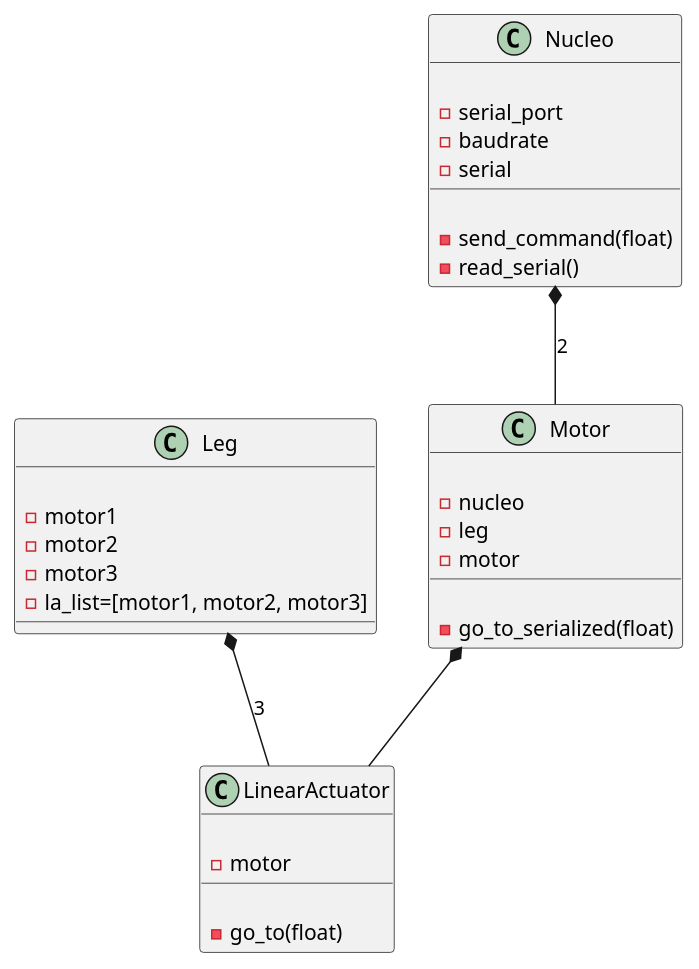
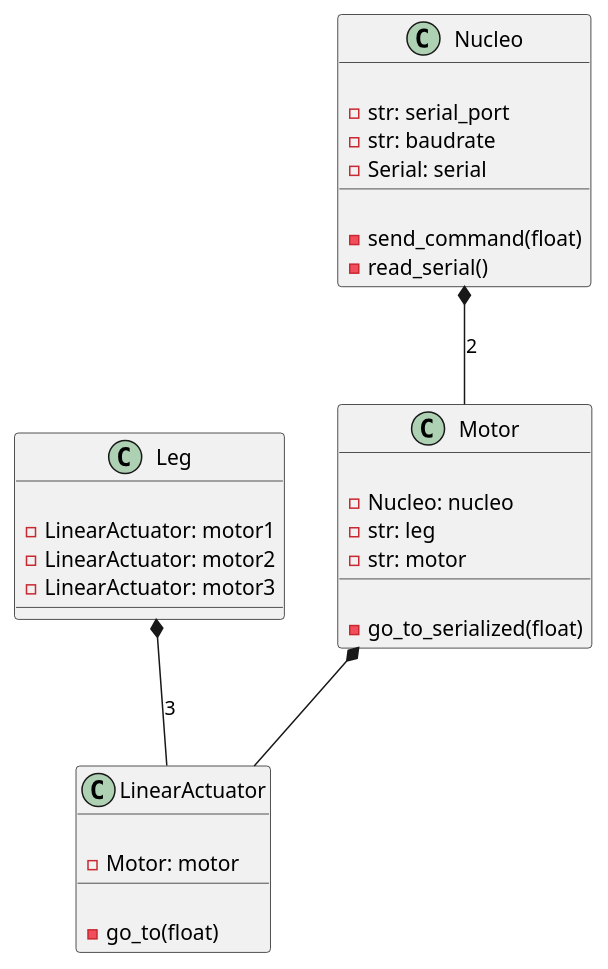
One commit to Eirlab/megabot-controller changed the diagram in diagramme-classe-megabot-controller.wsd. Above: the diagram before and after it, drawn with PlantUML. The commit also changed 4 other files, not shown here.

Commit message:
Updated class diagram

```diff
--- a/diagramme-classe-megabot-controller.wsd
+++ b/diagramme-classe-megabot-controller.wsd
@@ -1,41 +1,40 @@
 @startuml classdiag
 
 class Leg {
     {field}
-    -motor1
-    -motor2
-    -motor3
-    -la_list=[motor1, motor2, motor3]
+    -LinearActuator: motor1
+    -LinearActuator: motor2
+    -LinearActuator: motor3
 }
 
 class Nucleo {
     {field}
-    -serial_port
-    -baudrate
-    -serial
+    -str: serial_port
+    -str: baudrate
+    -Serial: serial
     {method}
     -send_command(float)
     -read_serial()
 }
 
 class LinearActuator {
     {method}
     -go_to(float)
     {field}
-    -motor
+    -Motor: motor
 }
 
 class Motor {
     {field}
-    -nucleo
-    -leg
-    -motor
+    -Nucleo: nucleo
+    -str: leg
+    -str: motor
     {method}
     -go_to_serialized(float)
 }
 
 Nucleo *-- Motor: 2
 Leg *-- LinearActuator: 3
 Motor *-- LinearActuator 
 
 @enduml
```
